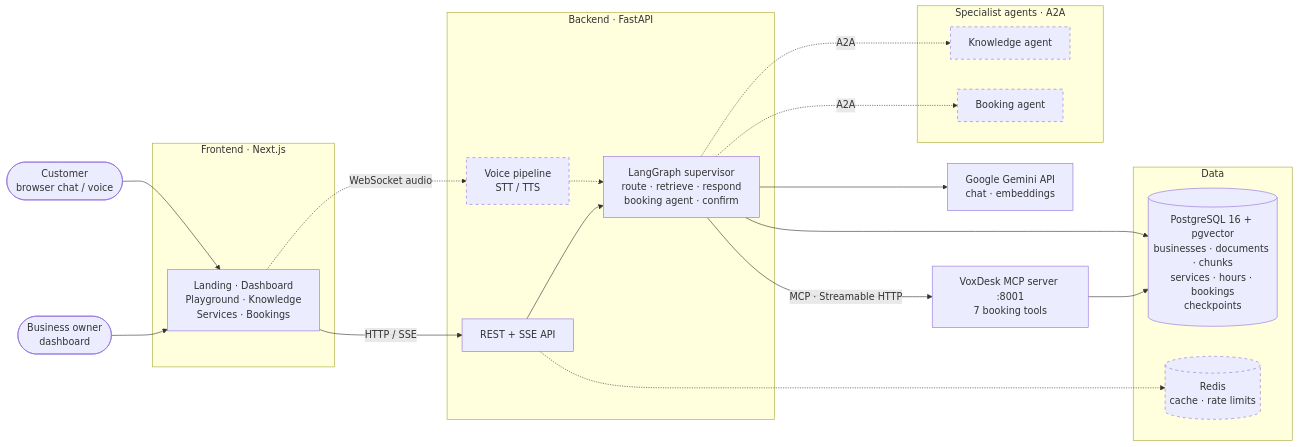
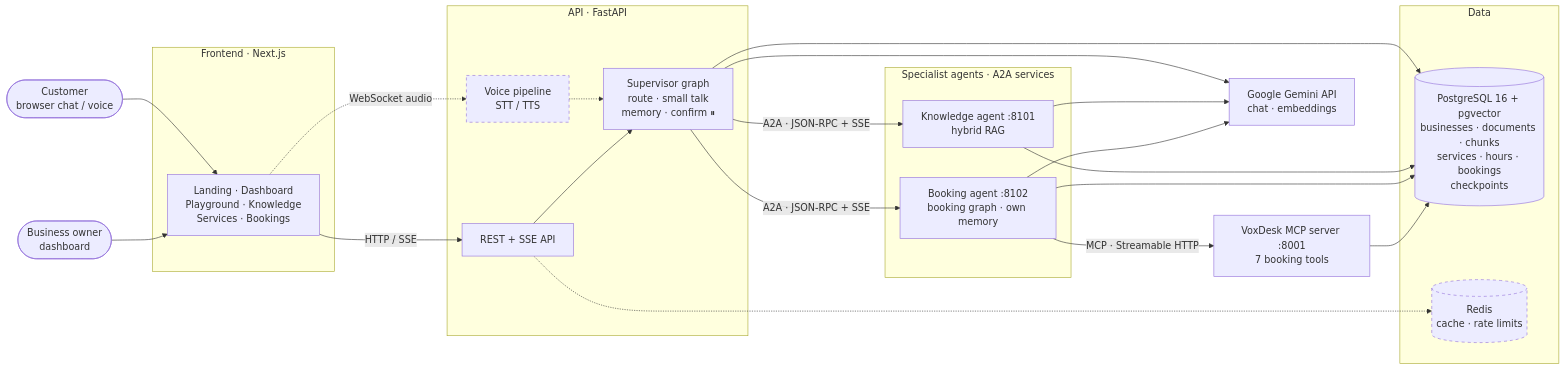
One commit to yash6388/voxdesk changed the first of 9 diagrams in docs/ARCHITECTURE.md. Above: the diagram before and after it, drawn with Mermaid. The commit also changed other lines of this file and 40 other files, not shown here.

First line of the commit message:
feat: A2A specialist agents with supervisor delegation

````diff
--- a/docs/ARCHITECTURE.md
+++ b/docs/ARCHITECTURE.md
@@ -15,46 +15,50 @@
 ```mermaid
 flowchart LR
     customer(["Customer<br/>browser chat / voice"])
     owner(["Business owner<br/>dashboard"])
 
     subgraph FE["Frontend · Next.js"]
         ui["Landing · Dashboard<br/>Playground · Knowledge<br/>Services · Bookings"]
     end
 
-    subgraph BE["Backend · FastAPI"]
+    subgraph BE["API · FastAPI"]
         api["REST + SSE API"]
         voice["Voice pipeline<br/>STT / TTS"]
-        sup["LangGraph supervisor<br/>route · retrieve · respond<br/>booking agent · confirm"]
+        sup["Supervisor graph<br/>route · small talk<br/>memory · confirm ⏸"]
     end
 
-    subgraph AG["Specialist agents · A2A"]
-        ka["Knowledge agent"]
-        ba["Booking agent"]
+    subgraph AG["Specialist agents · A2A services"]
+        ka["Knowledge agent :8101<br/>hybrid RAG"]
+        ba["Booking agent :8102<br/>booking graph · own memory"]
     end
 
     mcp["VoxDesk MCP server :8001<br/>7 booking tools"]
 
     subgraph DATA["Data"]
         pg[("PostgreSQL 16 + pgvector<br/>businesses · documents · chunks<br/>services · hours · bookings<br/>checkpoints")]
         redis[("Redis<br/>cache · rate limits")]
     end
 
     gemini["Google Gemini API<br/>chat · embeddings"]
 
     customer --> ui
     owner --> ui
     ui -- "HTTP / SSE" --> api
     ui -. "WebSocket audio" .-> voice
     voice -.-> sup
     api --> sup
+    sup -- "A2A · JSON-RPC + SSE" --> ka
+    sup -- "A2A · JSON-RPC + SSE" --> ba
+    ba -- "MCP · Streamable HTTP" --> mcp
     sup --> pg
+    ka --> pg
+    ba --> pg
+    mcp --> pg
     sup --> gemini
-    sup -- "MCP · Streamable HTTP" --> mcp
-    mcp --> pg
-    sup -. "A2A" .-> ka
-    sup -. "A2A" .-> ba
+    ka --> gemini
+    ba --> gemini
     api -.-> redis
 
     classDef planned stroke-dasharray: 5 5
-    class voice,ka,ba,redis planned
+    class voice,redis planned
 ```
````
